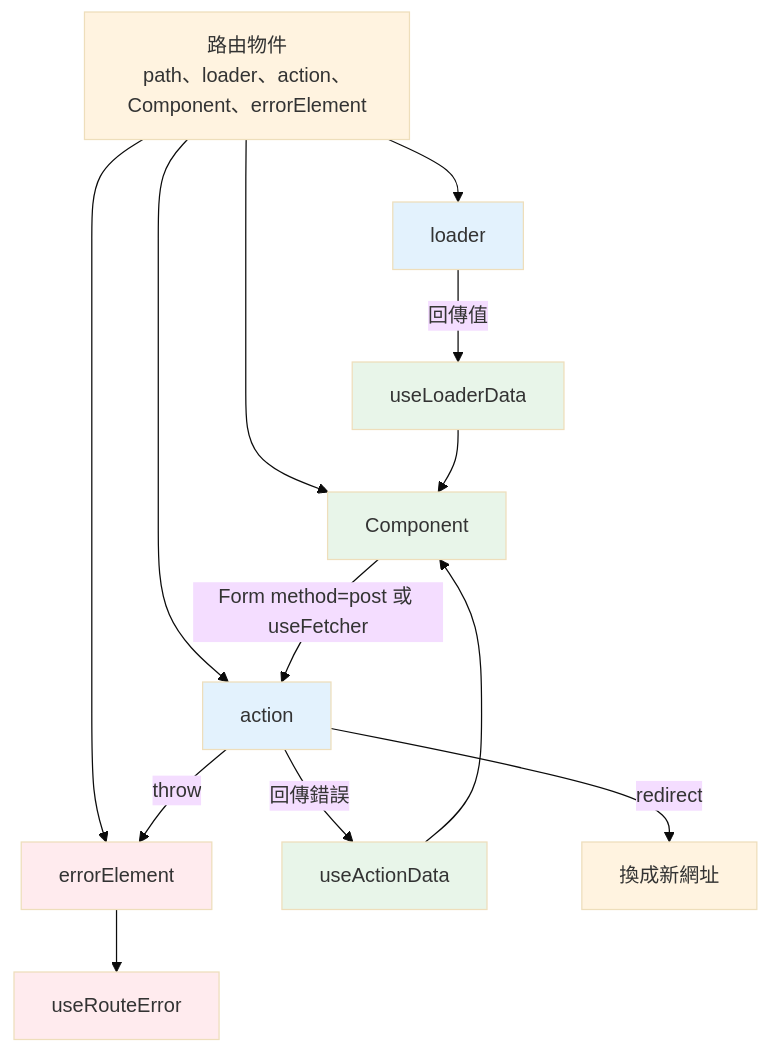
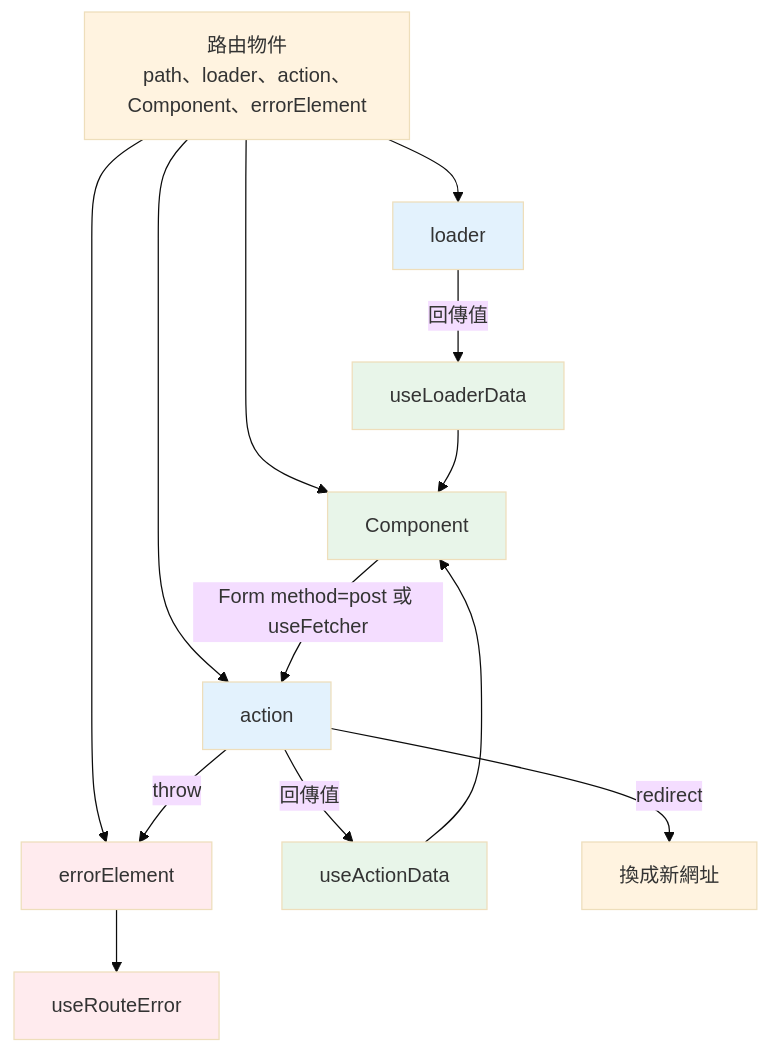
The eighth of 16 diagrams in source/_posts/lokiTech-15day-11-react-router.md (summer10920/summer10920.github.io), drawn with Mermaid (base theme) before and after one commit. The commit also changed other lines of this file and 17 other files, not shown here.

```diff
--- a/source/_posts/lokiTech-15day-11-react-router.md
+++ b/source/_posts/lokiTech-15day-11-react-router.md
@@ -2634,28 +1775,28 @@
 {% mermaid graph TD %}
   route["路由物件<br/>path、loader、action、Component、errorElement"]
   loader["loader"]
   action["action"]
   comp["Component"]
   err["errorElement"]
   route --> loader
   route --> action
   route --> comp
   route --> err
   loader -->|"回傳值"| dataHook["useLoaderData"]
   dataHook --> comp
   comp -->|"Form method=post 或 useFetcher"| action
-  action -->|"回傳錯誤"| actionHook["useActionData"]
+  action -->|"回傳值"| actionHook["useActionData"]
   actionHook --> comp
   action -->|"redirect"| newUrl["換成新網址"]
   action -->|"throw"| err
   err --> errHook["useRouteError"]
   style route fill:#fff3e0
   style loader fill:#e3f2fd
   style action fill:#e3f2fd
   style comp fill:#e8f5e9
   style err fill:#ffebee
   style dataHook fill:#e8f5e9
   style actionHook fill:#e8f5e9
   style newUrl fill:#fff3e0
   style errHook fill:#ffebee
 {% endmermaid %}
```
